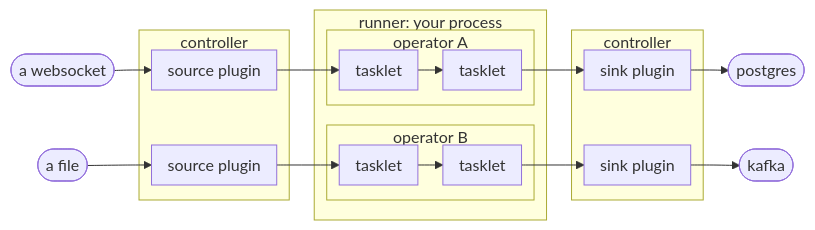
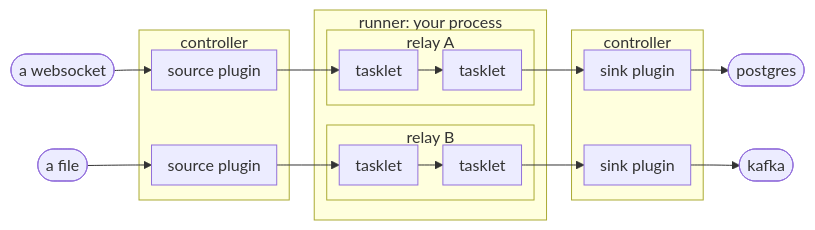
The diagram in docs/getting_started/what_is_flezha.md (Flezha/flezha), drawn with Mermaid before and after one commit. The commit also changed other lines of this file and 1198 other files, not shown here.

First line of the commit message:
Call the unit a relay instead of an operator

````diff
--- a/docs/getting_started/what_is_flezha.md
+++ b/docs/getting_started/what_is_flezha.md
@@ -46,28 +46,28 @@
 ```mermaid
 %%{init: {"flowchart": {"nodeSpacing": 10, "rankSpacing": 25, "padding": 8, "subGraphTitleMargin": {"top": 0, "bottom": 0}}}}%%
 flowchart LR
     W(["a websocket"]) --> S1
     F(["a file"]) --> S2
     subgraph CI["controller"]
         S1["source plugin"]
         S2["source plugin"]
     end
     subgraph R["runner: your process"]
-        subgraph OA["operator A"]
+        subgraph OA["relay A"]
             A1["tasklet"] --> A2["tasklet"]
         end
-        subgraph OB["operator B"]
+        subgraph OB["relay B"]
             B1["tasklet"] --> B2["tasklet"]
         end
     end
     subgraph CO["controller"]
         K1["sink plugin"]
         K2["sink plugin"]
     end
     S1 --> A1
     S2 --> B1
     A2 --> K1
     B2 --> K2
     K1 --> P(["postgres"])
     K2 --> KF(["kafka"])
 ```
````
